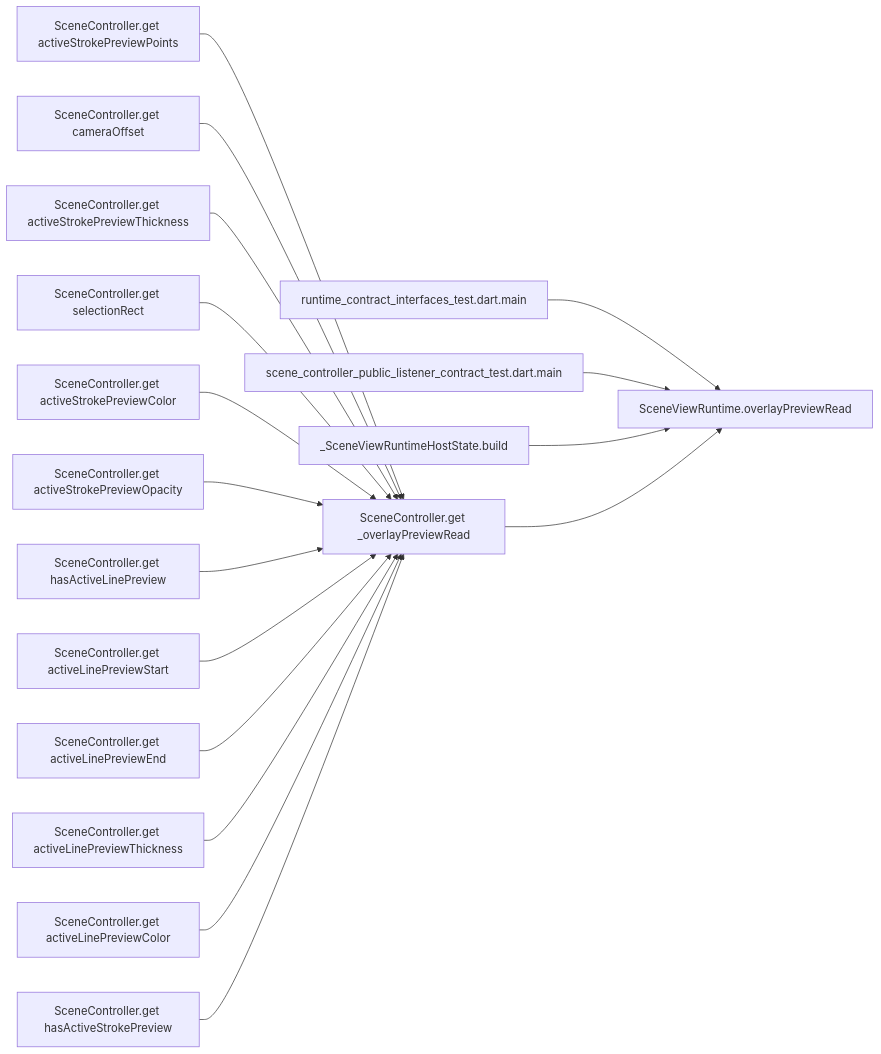
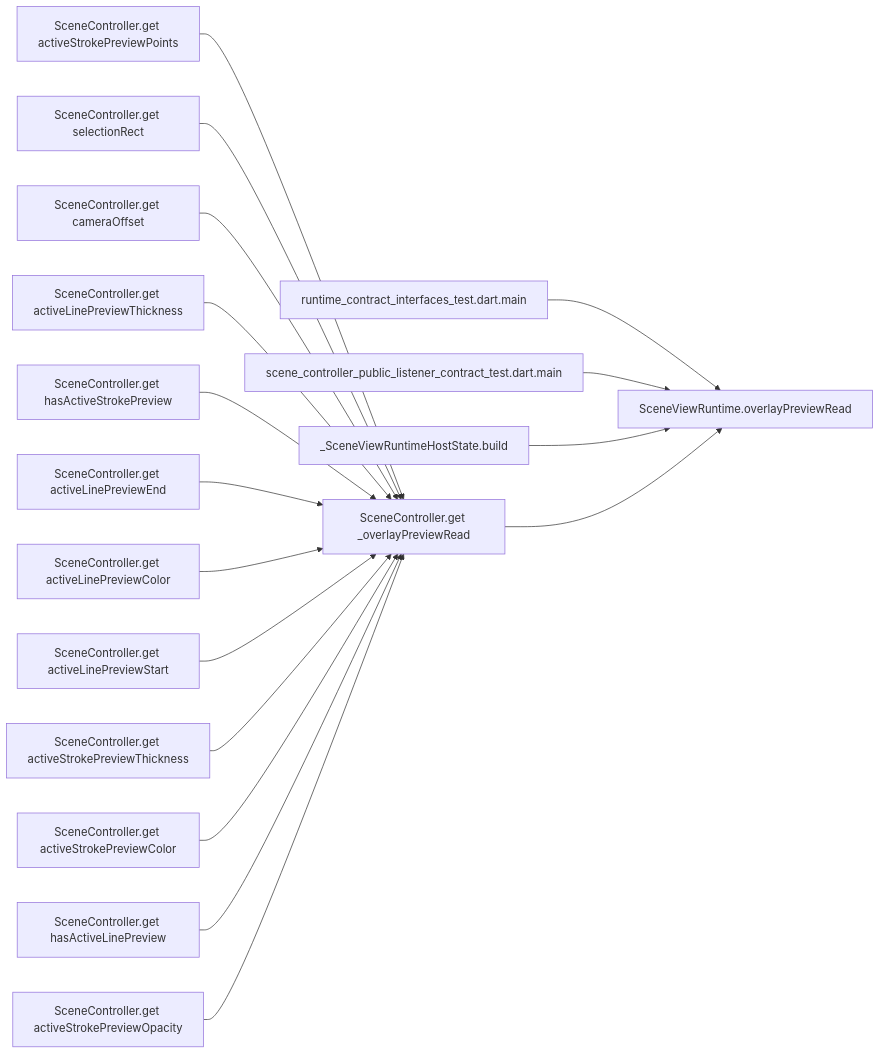
Before and after one commit to GreatPika/iwb_canvas_engine: the diagram in docs/architecture/evidence/render_overlay_preview_flow.md, drawn with Mermaid. The commit also changed 12 other files, not shown here.

````diff
--- a/docs/architecture/evidence/render_overlay_preview_flow.md
+++ b/docs/architecture/evidence/render_overlay_preview_flow.md
@@ -1,37 +1,37 @@
 ```mermaid
 flowchart LR
   N0["SceneViewRuntime.overlayPreviewRead"]
   N1["runtime_contract_interfaces_test.dart.main"]
   N1 --> N0
   N2["scene_controller_public_listener_contract_test.dart.main"]
   N2 --> N0
   N3["_SceneViewRuntimeHostState.build"]
   N3 --> N0
   N4["SceneController.get _overlayPreviewRead"]
   N4 --> N0
   N5["SceneController.get activeStrokePreviewPoints"]
   N5 --> N4
-  N6["SceneController.get cameraOffset"]
+  N6["SceneController.get selectionRect"]
   N6 --> N4
-  N7["SceneController.get activeStrokePreviewThickness"]
+  N7["SceneController.get cameraOffset"]
   N7 --> N4
-  N8["SceneController.get selectionRect"]
+  N8["SceneController.get activeLinePreviewThickness"]
   N8 --> N4
-  N9["SceneController.get activeStrokePreviewColor"]
+  N9["SceneController.get hasActiveStrokePreview"]
   N9 --> N4
-  N10["SceneController.get activeStrokePreviewOpacity"]
+  N10["SceneController.get activeLinePreviewEnd"]
   N10 --> N4
-  N11["SceneController.get hasActiveLinePreview"]
+  N11["SceneController.get activeLinePreviewColor"]
   N11 --> N4
   N12["SceneController.get activeLinePreviewStart"]
   N12 --> N4
-  N13["SceneController.get activeLinePreviewEnd"]
+  N13["SceneController.get activeStrokePreviewThickness"]
   N13 --> N4
-  N14["SceneController.get activeLinePreviewThickness"]
+  N14["SceneController.get activeStrokePreviewColor"]
   N14 --> N4
-  N15["SceneController.get activeLinePreviewColor"]
+  N15["SceneController.get hasActiveLinePreview"]
   N15 --> N4
-  N16["SceneController.get hasActiveStrokePreview"]
+  N16["SceneController.get activeStrokePreviewOpacity"]
   N16 --> N4
 
 ```
````
